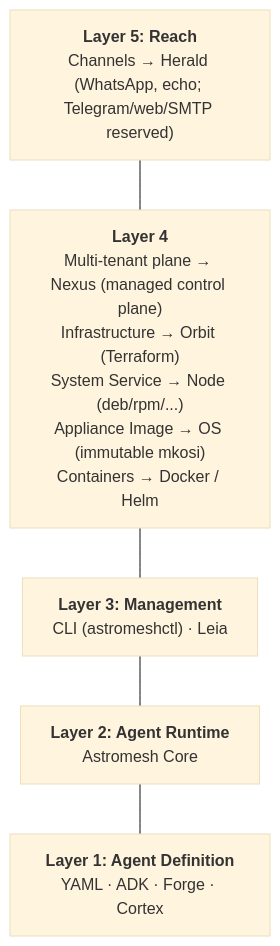
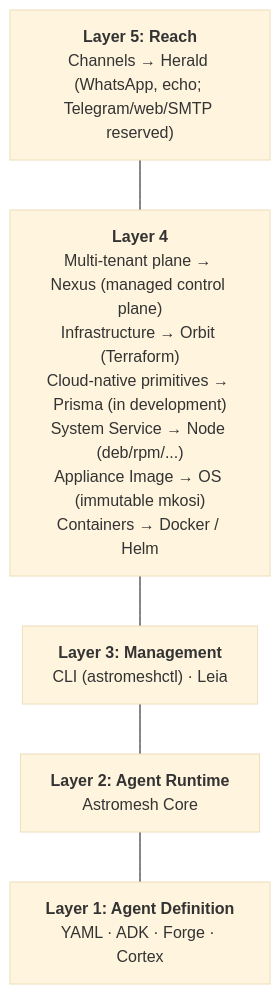
The second of 2 diagrams in docs-site/src/content/docs/getting-started/ecosystem.md (monaccode/astromesh), drawn with Mermaid (base theme) before and after one commit. The commit also changed other lines of this file and 7 other files, not shown here.

````diff
--- a/docs-site/src/content/docs/getting-started/ecosystem.md
+++ b/docs-site/src/content/docs/getting-started/ecosystem.md
@@ -114,18 +118,19 @@
 ```mermaid
 flowchart TB
     l5["`**Layer 5: Reach**
     Channels → Herald (WhatsApp, echo; Telegram/web/SMTP reserved)`"]
     l4["`**Layer 4**
     Multi-tenant plane → Nexus (managed control plane)
     Infrastructure → Orbit (Terraform)
+    Cloud-native primitives → Prisma (in development)
     System Service → Node (deb/rpm/...)
     Appliance Image → OS (immutable mkosi)
     Containers → Docker / Helm`"]
     l3["`**Layer 3: Management**
     CLI (astromeshctl) · Leia`"]
     l2["`**Layer 2: Agent Runtime**
     Astromesh Core`"]
     l1["`**Layer 1: Agent Definition**
     YAML · ADK · Forge · Cortex`"]
     l5 --- l4 --- l3 --- l2 --- l1
 ```
````
